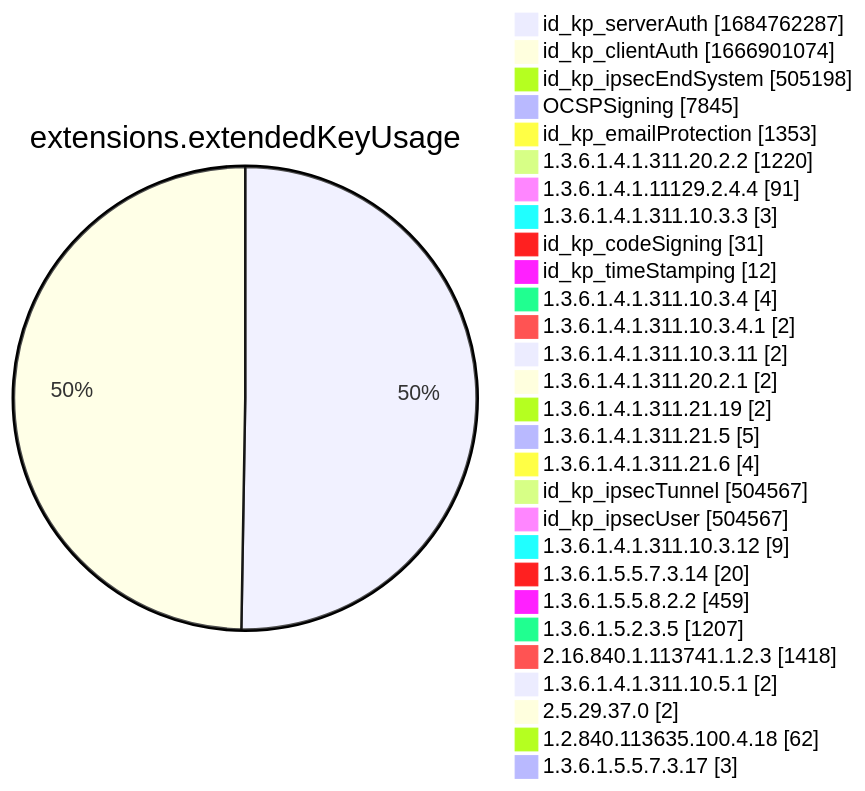
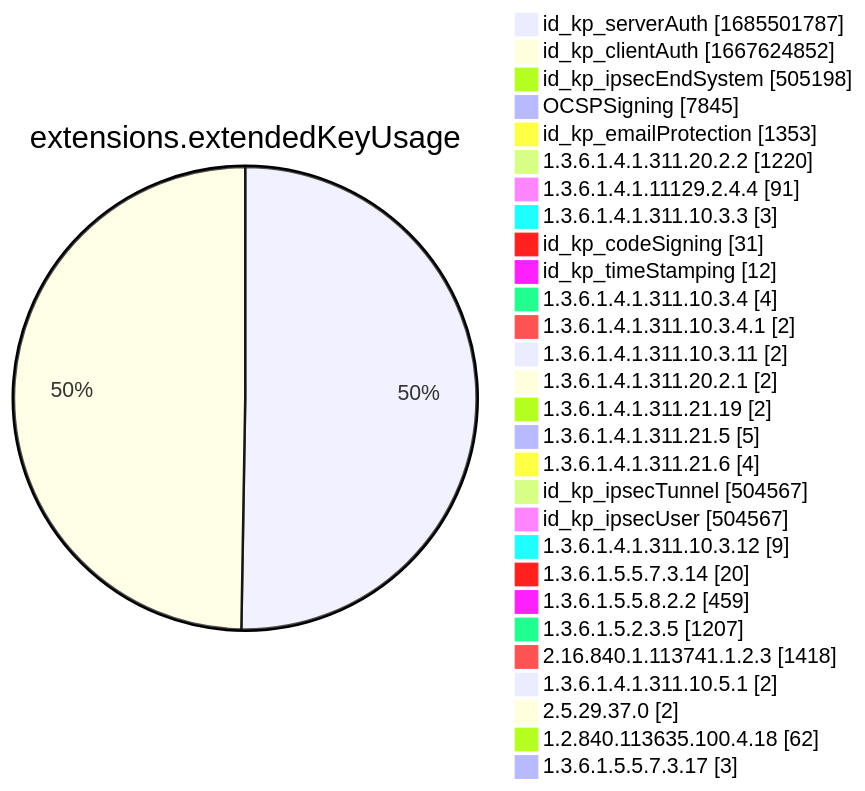
One commit to christiankrug/ctmonitor_visualization changed diagram 12 of 15 in xenon2022/README.md. Above: the diagram before and after it, drawn with Mermaid. The commit also changed other lines of this file, not shown here.

````diff
--- a/xenon2022/README.md
+++ b/xenon2022/README.md
@@ -3888,32 +3888,32 @@
 ```mermaid
 pie showData
 title extensions.extendedKeyUsage
-"id_kp_serverAuth" :1684762287
-"id_kp_clientAuth" :1666901074
+"id_kp_serverAuth" :1685501787
+"id_kp_clientAuth" :1667624852
 "id_kp_ipsecEndSystem" :505198
 "OCSPSigning" :7845
 "id_kp_emailProtection" :1353
 "1.3.6.1.4.1.311.20.2.2" :1220
 "1.3.6.1.4.1.11129.2.4.4" :91
 "1.3.6.1.4.1.311.10.3.3" :3
 "id_kp_codeSigning" :31
 "id_kp_timeStamping" :12
 "1.3.6.1.4.1.311.10.3.4" :4
 "1.3.6.1.4.1.311.10.3.4.1" :2
 "1.3.6.1.4.1.311.10.3.11" :2
 "1.3.6.1.4.1.311.20.2.1" :2
 "1.3.6.1.4.1.311.21.19" :2
 "1.3.6.1.4.1.311.21.5" :5
 "1.3.6.1.4.1.311.21.6" :4
 "id_kp_ipsecTunnel" :504567
 "id_kp_ipsecUser" :504567
 "1.3.6.1.4.1.311.10.3.12" :9
 "1.3.6.1.5.5.7.3.14" :20
 "1.3.6.1.5.5.8.2.2" :459
 "1.3.6.1.5.2.3.5" :1207
 "2.16.840.1.113741.1.2.3" :1418
 "1.3.6.1.4.1.311.10.5.1" :2
 "2.5.29.37.0" :2
 "1.2.840.113635.100.4.18" :62
 "1.3.6.1.5.5.7.3.17" :3
 ```
````
